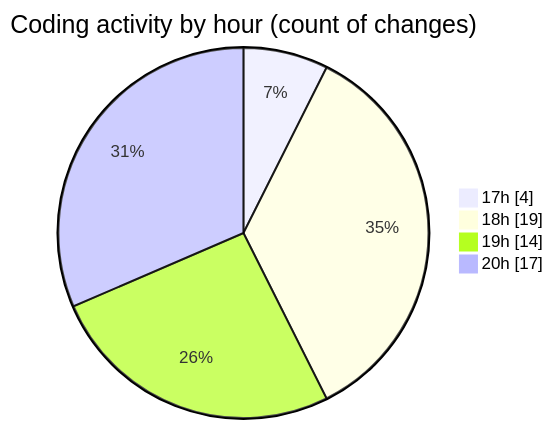
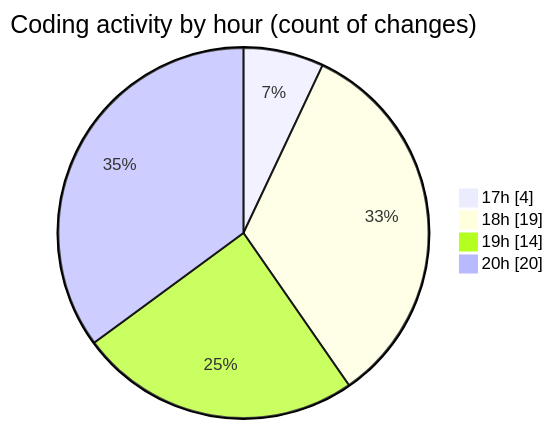
Before and after one commit to MatusMokan/code-tracking: the second of 2 diagrams in 2025-03-18/myws__workspace_/README.md, drawn with Mermaid. The commit also changed other lines of this file and 1 other file, not shown here.

````diff
--- a/2025-03-18/myws__workspace_/README.md
+++ b/2025-03-18/myws__workspace_/README.md
@@ -33,8 +33,8 @@
 ```mermaid
 pie showData
 title Coding activity by hour (count of changes)
 "17h" : 4
 "18h" : 19
 "19h" : 14
-"20h" : 17
+"20h" : 20
 ```
````
